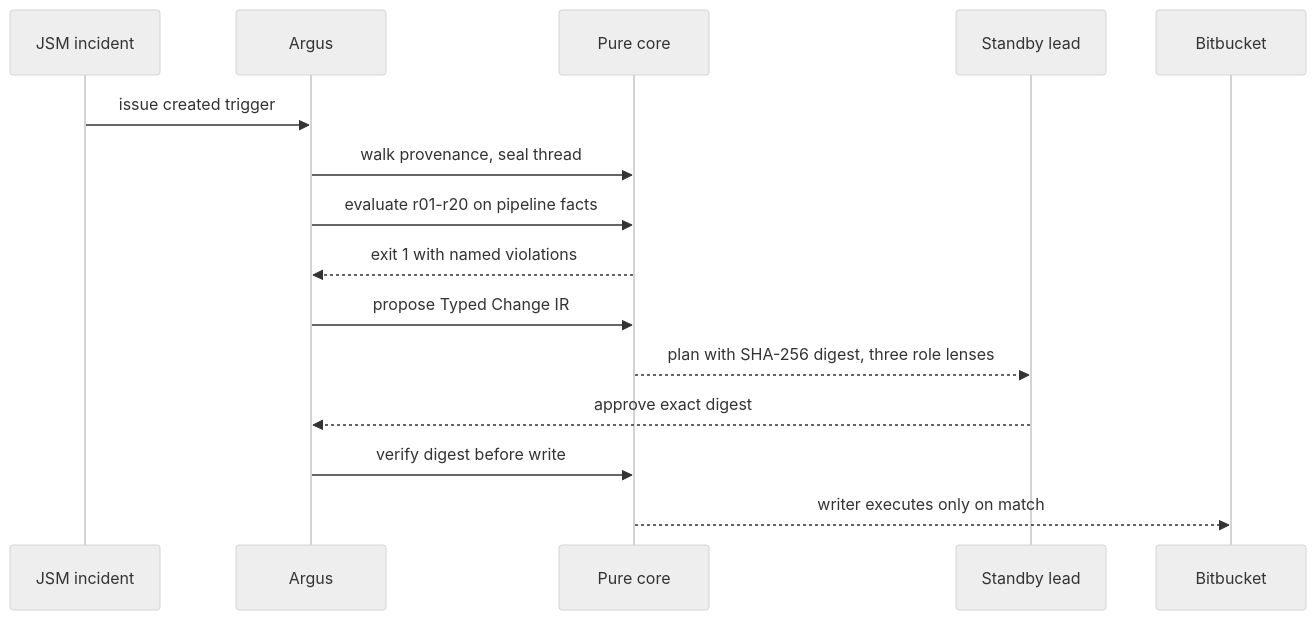
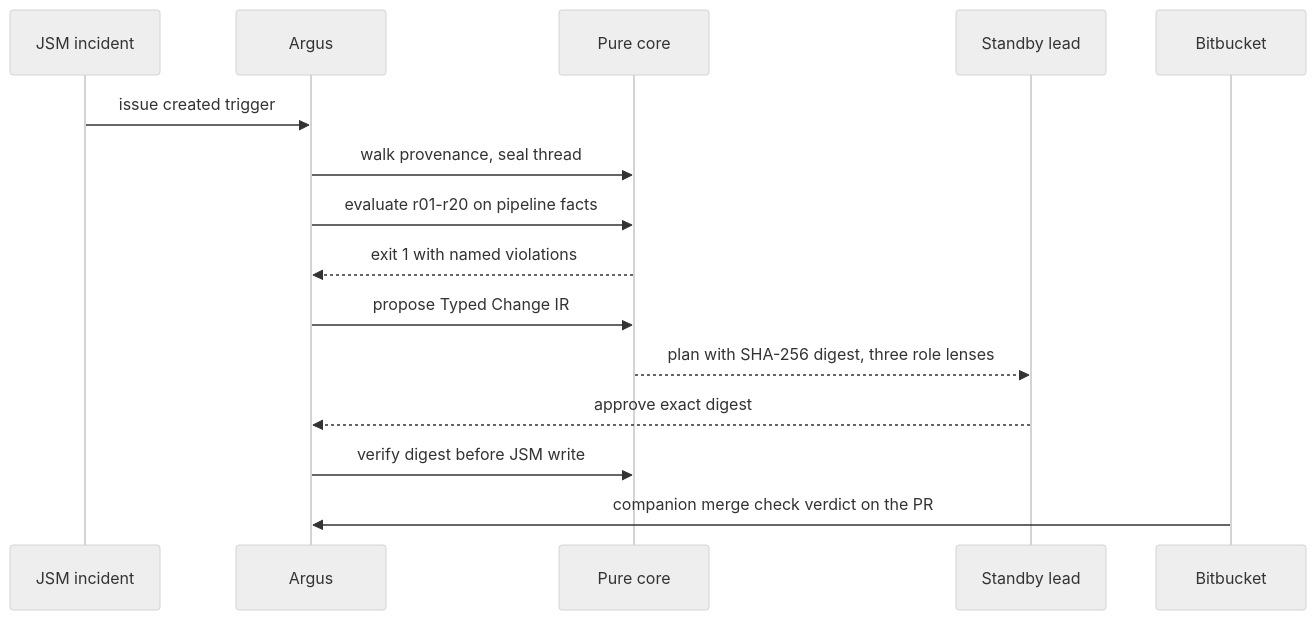
The second of 2 diagrams in README.md (upgradedev/argus-atlassian), drawn with Mermaid (neutral theme) before and after one commit. The commit also changed other lines of this file and 20 other files, not shown here.

````diff
--- a/README.md
+++ b/README.md
@@ -114,17 +115,17 @@
 ```mermaid
 sequenceDiagram
   participant JSM as JSM incident
   participant Argus as Argus
   participant Core as Pure core
   participant Human as Standby lead
   participant BB as Bitbucket
   JSM->>Argus: issue created trigger
   Argus->>Core: walk provenance, seal thread
   Argus->>Core: evaluate r01-r20 on pipeline facts
   Core-->>Argus: exit 1 with named violations
   Argus->>Core: propose Typed Change IR
   Core-->>Human: plan with SHA-256 digest, three role lenses
   Human-->>Argus: approve exact digest
-  Argus->>Core: verify digest before write
-  Core-->>BB: writer executes only on match
+  Argus->>Core: verify digest before JSM write
+  BB->>Argus: companion merge check verdict on the PR
 ```
````
